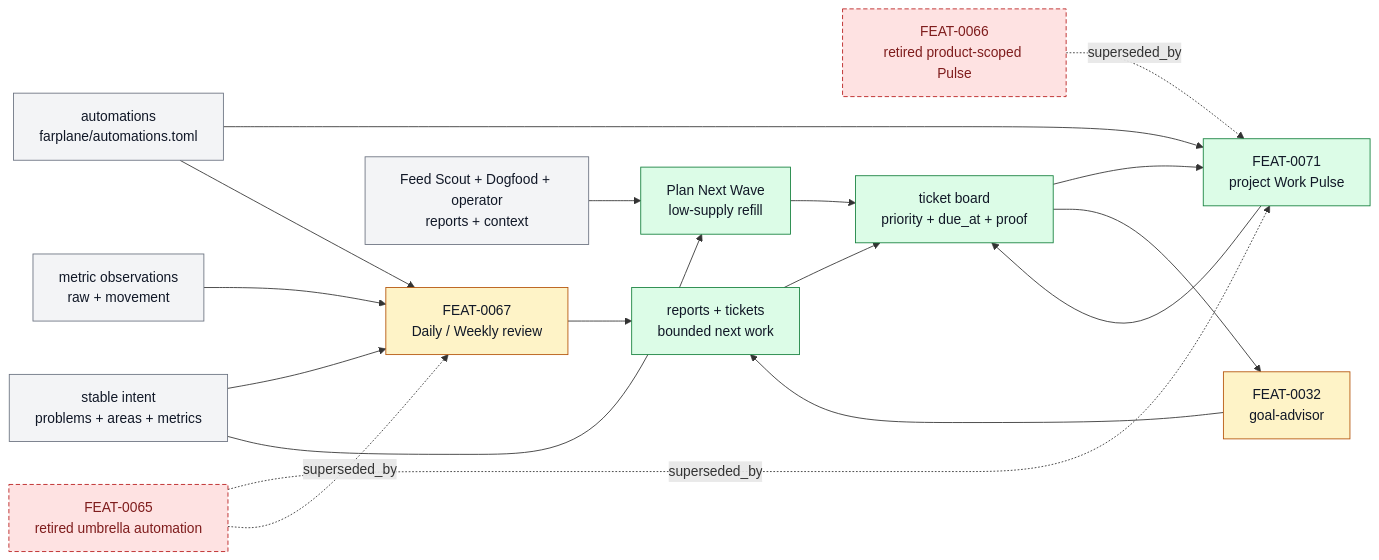
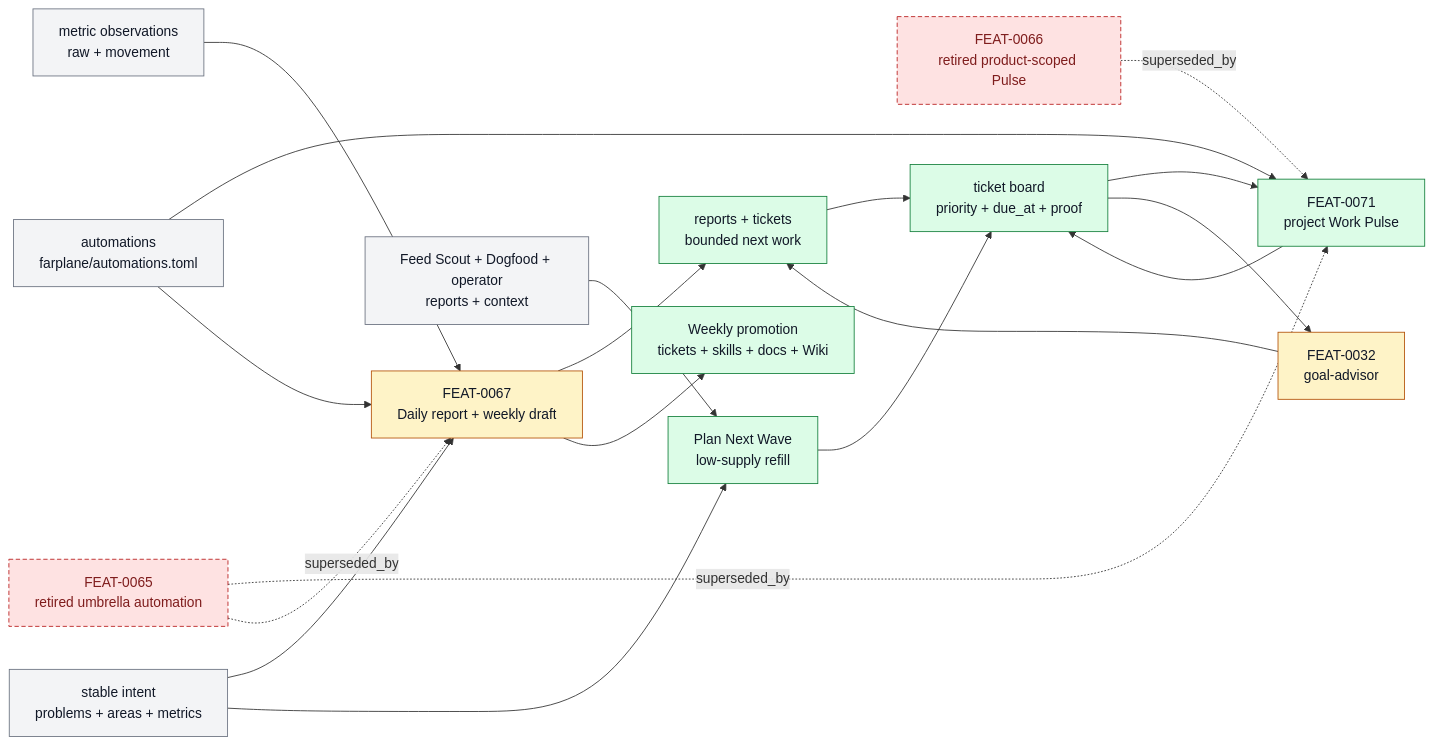
The diagram in docs/systems/horizon-loop.md (ZanarkandTechnologies/Farplane), drawn with Mermaid before and after one commit. The commit also changed other lines of this file and 30 other files, not shown here.

Commit message:
feat(interval): stage daily knowledge for weekly promotion

````diff
--- a/docs/systems/horizon-loop.md
+++ b/docs/systems/horizon-loop.md
@@ -111,31 +113,33 @@
 ```mermaid
 flowchart LR
   classDef keep fill:#f3f4f6,stroke:#6b7280,color:#111827
   classDef changed fill:#fef3c7,stroke:#b45309,color:#111827
   classDef added fill:#dcfce7,stroke:#15803d,color:#111827
   classDef retired fill:#fee2e2,stroke:#b91c1c,color:#7f1d1d,stroke-dasharray: 5 3
 
   metrics["metric observations<br/>raw + movement"]:::keep
   intent["stable intent<br/>problems + areas + metrics"]:::keep
   automations["automations<br/>farplane/automations.toml"]:::keep
   advisor["FEAT-0032<br/>goal-advisor"]:::changed
   pulse["FEAT-0071<br/>project Work Pulse"]:::added
-  interval["FEAT-0067<br/>Daily / Weekly review"]:::changed
+  interval["FEAT-0067<br/>Daily report + weekly draft"]:::changed
+  knowledge["Weekly promotion<br/>tickets + skills + docs + Wiki"]:::added
   sources["Feed Scout + Dogfood + operator<br/>reports + context"]:::keep
   old["FEAT-0065<br/>retired umbrella automation"]:::retired
   productPulse["FEAT-0066<br/>retired product-scoped Pulse"]:::retired
   planner["Plan Next Wave<br/>low-supply refill"]:::added
   board["ticket board<br/>priority + due_at + proof"]:::added
   outputs["reports + tickets<br/>bounded next work"]:::added
 
   metrics --> interval --> outputs --> board
+  interval --> knowledge
   intent --> interval
   intent --> planner
   automations --> pulse --> board
   automations --> interval
   sources --> planner --> board --> pulse
   board --> advisor --> outputs
   old -. "superseded_by" .-> pulse
   old -. "superseded_by" .-> interval
   productPulse -. "superseded_by" .-> pulse
 ```
````
